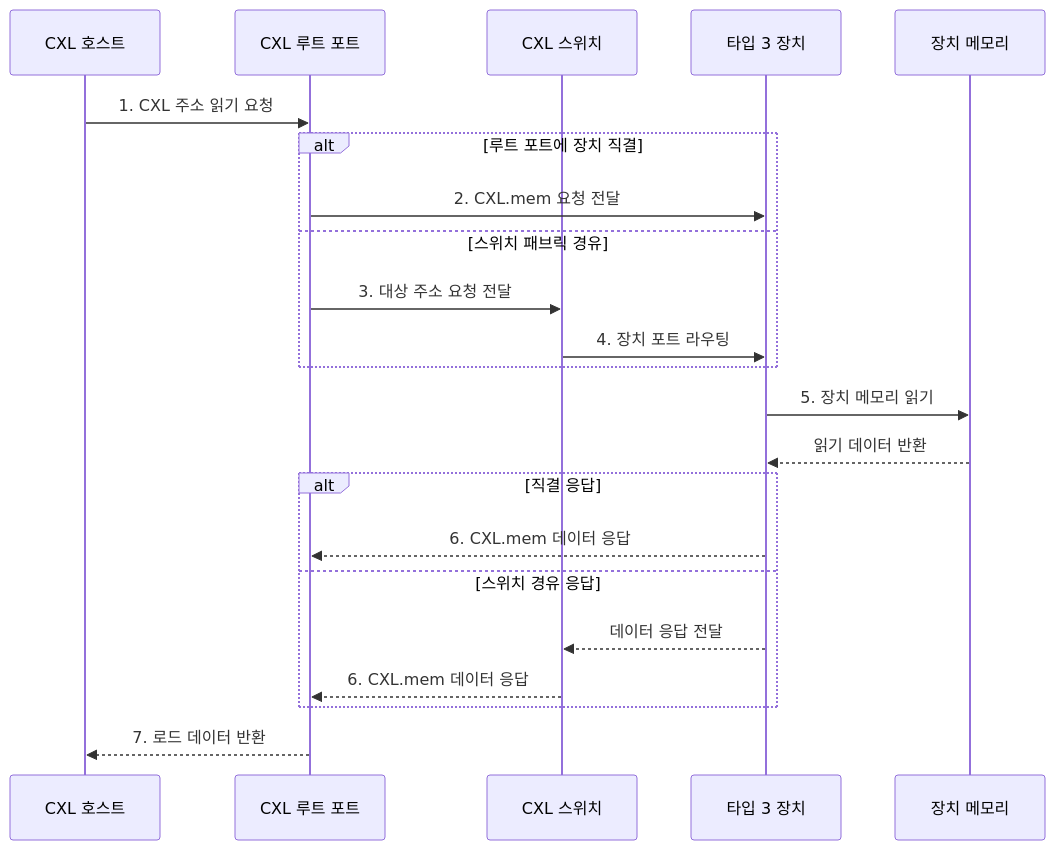
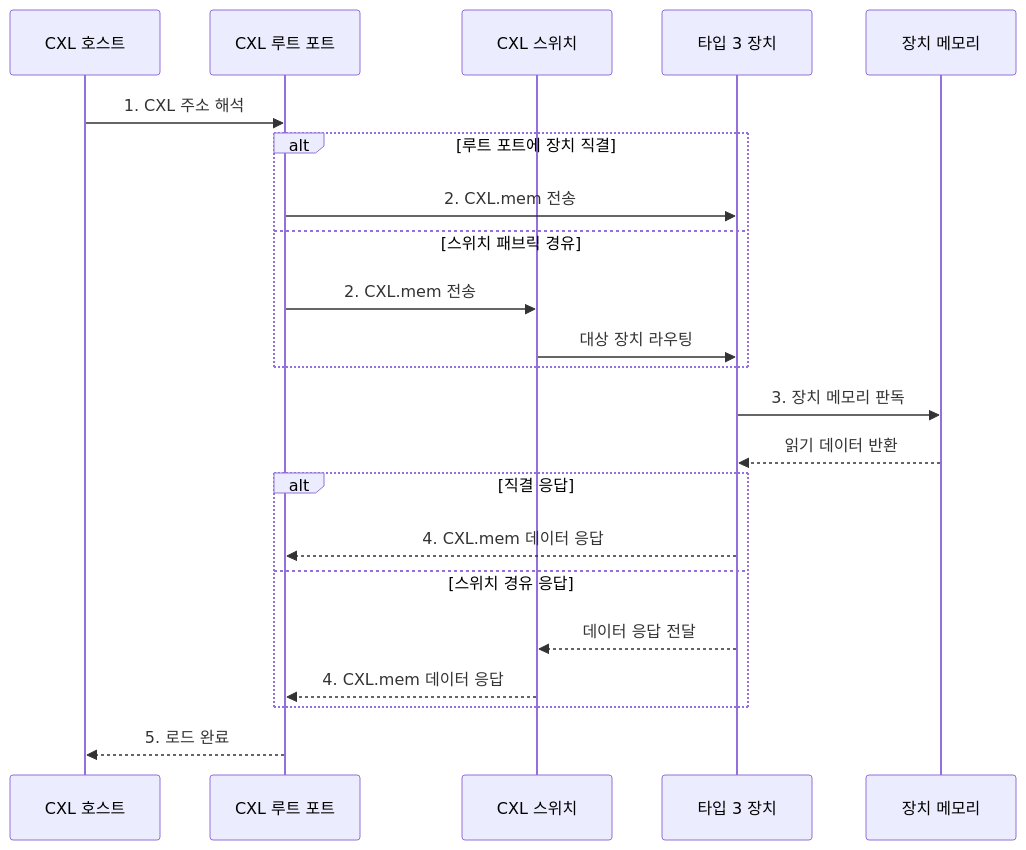
The second of 2 diagrams in src/content/docs/notes/02-hardware/028_cxl.md (agnusdei1207/knowledge-base), drawn with Mermaid before and after one commit. The commit also changed other lines of this file and 86 other files, not shown here.

````diff
--- a/src/content/docs/notes/02-hardware/028_cxl.md
+++ b/src/content/docs/notes/02-hardware/028_cxl.md
@@ -85,25 +85,25 @@
 ```mermaid
 sequenceDiagram
     participant H as CXL 호스트
     participant R as CXL 루트 포트
     participant S as CXL 스위치
     participant D as 타입 3 장치
     participant M as 장치 메모리
 
-    H->>R: 1. CXL 주소 읽기 요청
+    H->>R: 1. CXL 주소 해석
     alt 루트 포트에 장치 직결
-        R->>D: 2. CXL.mem 요청 전달
+        R->>D: 2. CXL.mem 전송
     else 스위치 패브릭 경유
-        R->>S: 3. 대상 주소 요청 전달
-        S->>D: 4. 장치 포트 라우팅
+        R->>S: 2. CXL.mem 전송
+        S->>D: 대상 장치 라우팅
     end
-    D->>M: 5. 장치 메모리 읽기
+    D->>M: 3. 장치 메모리 판독
     M-->>D: 읽기 데이터 반환
     alt 직결 응답
-        D-->>R: 6. CXL.mem 데이터 응답
+        D-->>R: 4. CXL.mem 데이터 응답
     else 스위치 경유 응답
         D-->>S: 데이터 응답 전달
-        S-->>R: 6. CXL.mem 데이터 응답
+        S-->>R: 4. CXL.mem 데이터 응답
     end
-    R-->>H: 7. 로드 데이터 반환
+    R-->>H: 5. 로드 완료
 ```
````
